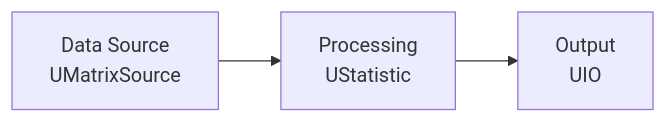
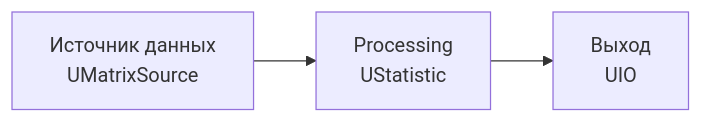
One commit to aicommunity/Nmsdk changed the second of 2 diagrams in Docs/Overview/QuickStart.md. Above: the diagram before and after it, drawn with Mermaid. The commit also changed other lines of this file and 39 other files, not shown here.

First line of the commit message:
docs(nmsdk): complete bilingual EN quality: mermaid sync, full translations, zero cyrillic in EN

````diff
--- a/Docs/Overview/QuickStart.md
+++ b/Docs/Overview/QuickStart.md
@@ -185,5 +185,5 @@
 ```mermaid
 flowchart LR
-    Source["Data Source<br/>UMatrixSource"] --> Process["Processing<br/>UStatistic"]
-    Process --> Output["Output<br/>UIO"]
+    Source["Источник данных<br/>UMatrixSource"] --> Process["Processing<br/>UStatistic"]
+    Process --> Output["Выход<br/>UIO"]
 ```
````
